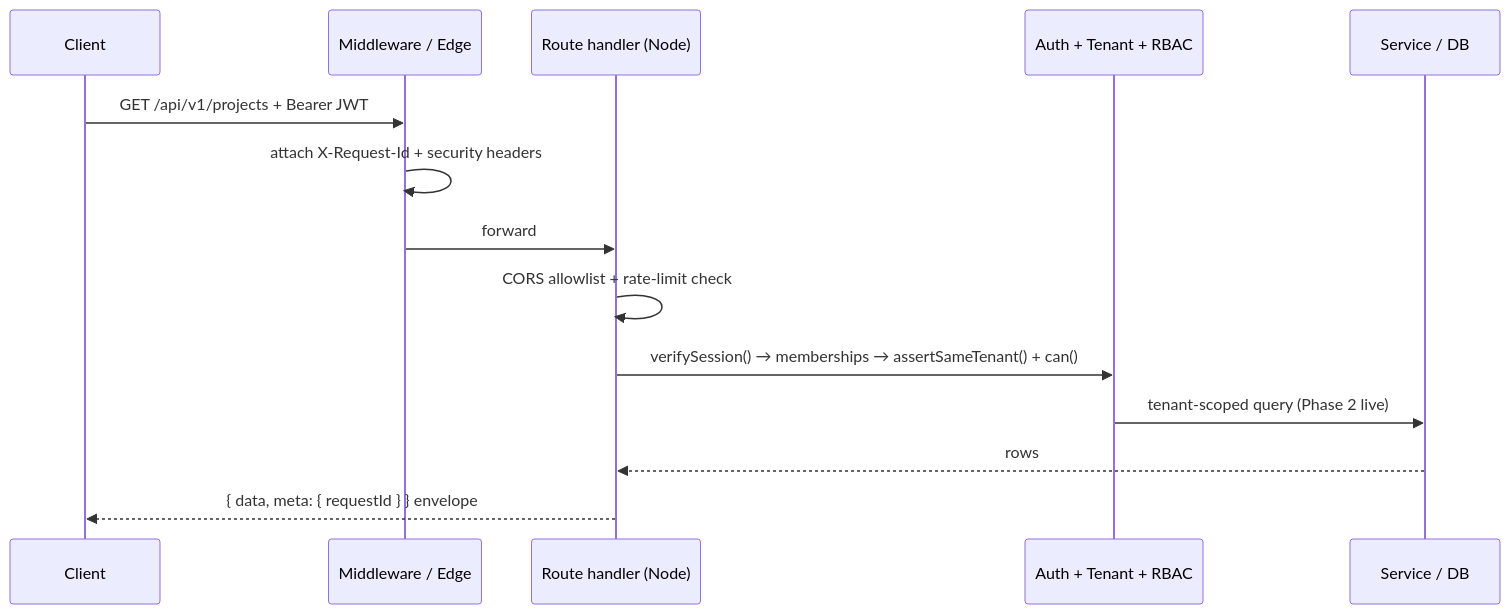
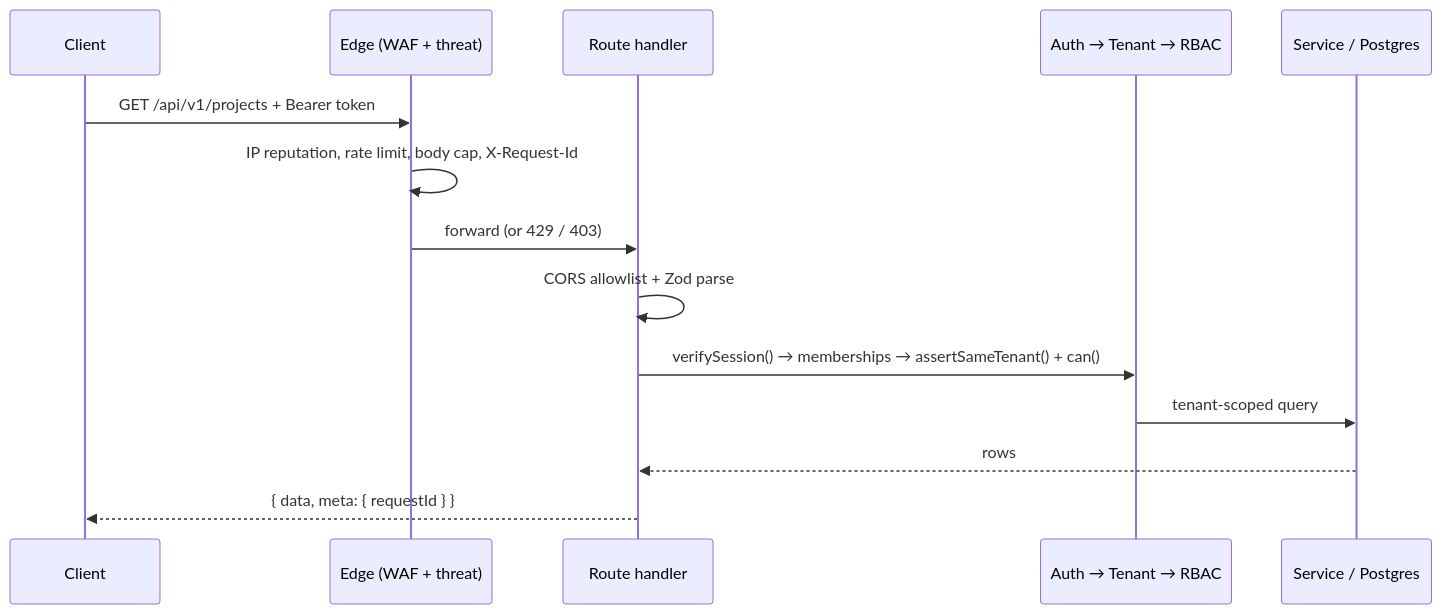
The second of 2 diagrams in README.md (japhethsunday/cloudnivo.com), drawn with Mermaid before and after one commit. The commit also changed other lines of this file and 6 other files, not shown here.

````diff
--- a/README.md
+++ b/README.md
@@ -181,16 +258,16 @@
 ```mermaid
 sequenceDiagram
   participant C as Client
-  participant M as Middleware / Edge
-  participant R as Route handler (Node)
-  participant A as Auth + Tenant + RBAC
-  participant S as Service / DB
-  C->>M: GET /api/v1/projects + Bearer JWT
-  M->>M: attach X-Request-Id + security headers
-  M->>R: forward
-  R->>R: CORS allowlist + rate-limit check
+  participant E as Edge (WAF + threat)
+  participant R as Route handler
+  participant A as Auth → Tenant → RBAC
+  participant S as Service / Postgres
+  C->>E: GET /api/v1/projects + Bearer token
+  E->>E: IP reputation, rate limit, body cap, X-Request-Id
+  E->>R: forward (or 429 / 403)
+  R->>R: CORS allowlist + Zod parse
   R->>A: verifySession() → memberships → assertSameTenant() + can()
-  A->>S: tenant-scoped query (Phase 2 live)
+  A->>S: tenant-scoped query
   S-->>R: rows
-  R-->>C: { data, meta: { requestId } } envelope
+  R-->>C: { data, meta: { requestId } }
 ```
````
